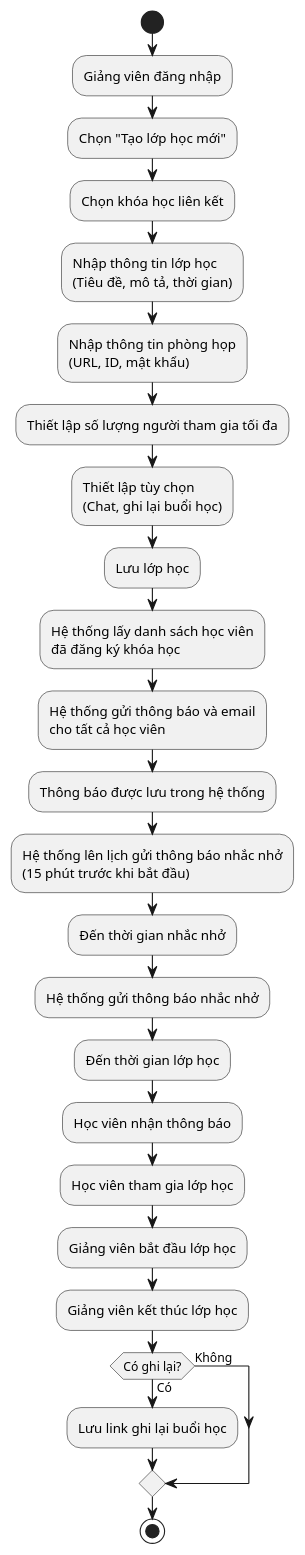
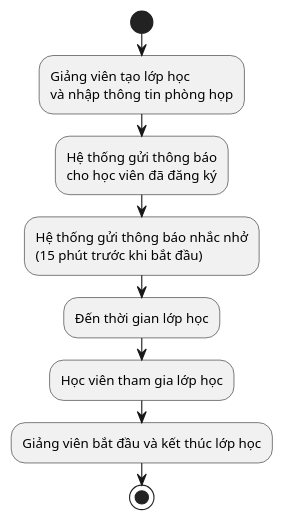
Diagram 14 of 18 in khoitriso-be/BIEU_DO_UML.md (ngocnghia81/KhoiTriSo-PHP), drawn with PlantUML before and after one commit. The commit also changed other lines of this file and 23 other files, not shown here.

````diff
--- a/khoitriso-be/BIEU_DO_UML.md
+++ b/khoitriso-be/BIEU_DO_UML.md
@@ -600,30 +361,13 @@
 ```plantuml
 @startuml
 start
-:Giảng viên đăng nhập;
-:Chọn "Tạo lớp học mới";
-:Chọn khóa học liên kết;
-:Nhập thông tin lớp học\n(Tiêu đề, mô tả, thời gian);
-:Nhập thông tin phòng họp\n(URL, ID, mật khẩu);
-:Thiết lập số lượng người tham gia tối đa;
-:Thiết lập tùy chọn\n(Chat, ghi lại buổi học);
-:Lưu lớp học;
-:Hệ thống lấy danh sách học viên\nđã đăng ký khóa học;
-:Hệ thống gửi thông báo và email\ncho tất cả học viên;
-:Thông báo được lưu trong hệ thống;
-:Hệ thống lên lịch gửi thông báo nhắc nhở\n(15 phút trước khi bắt đầu);
-:Đến thời gian nhắc nhở;
-:Hệ thống gửi thông báo nhắc nhở;
+:Giảng viên tạo lớp học\nvà nhập thông tin phòng họp;
+:Hệ thống gửi thông báo\ncho học viên đã đăng ký;
+:Hệ thống gửi thông báo nhắc nhở\n(15 phút trước khi bắt đầu);
 :Đến thời gian lớp học;
-:Học viên nhận thông báo;
 :Học viên tham gia lớp học;
-:Giảng viên bắt đầu lớp học;
-:Giảng viên kết thúc lớp học;
-if (Có ghi lại?) then (Có)
-  :Lưu link ghi lại buổi học;
-else (Không)
-endif
+:Giảng viên bắt đầu và kết thúc lớp học;
 stop
 
 @enduml
 ```
````
